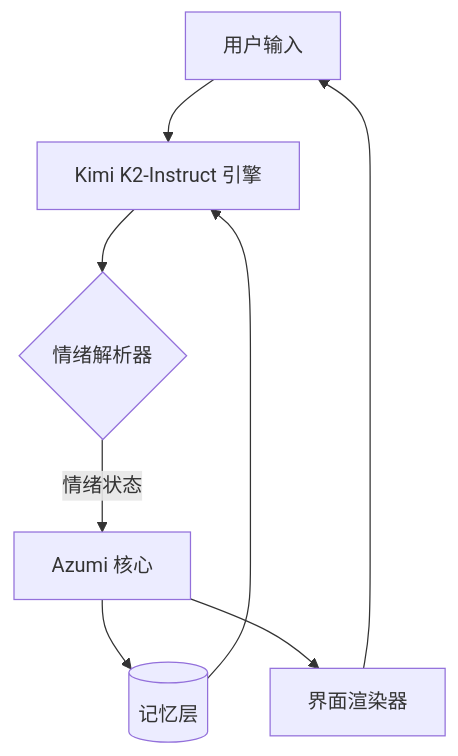
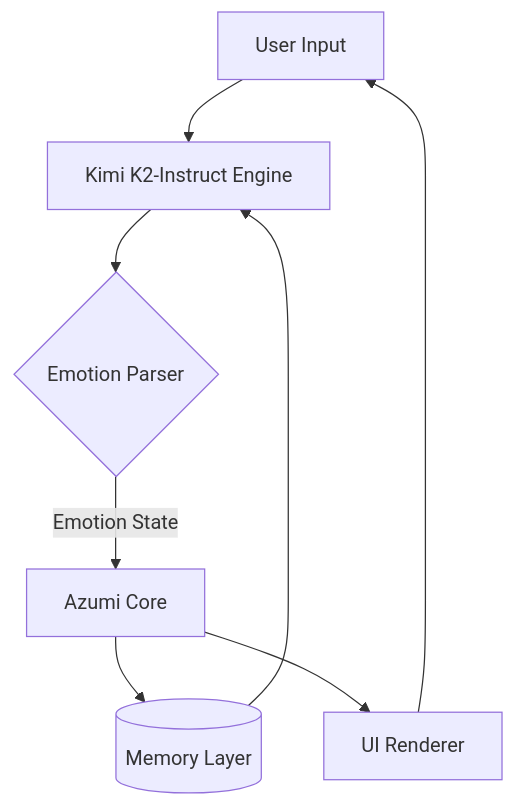
Before and after one commit to AceAIlov/Mollyslab: the first of 2 diagrams in README.md, drawn with Mermaid. The commit also changed other lines of this file, not shown here.

````diff
--- a/README.md
+++ b/README.md
@@ -30,10 +27,10 @@
 ```mermaid
 flowchart TD
-  A[用户输入] --> B[Kimi K2-Instruct 引擎]
-  B --> C{情绪解析器}
-  C -->|情绪状态| D[Azumi 核心]
-  D --> E[(记忆层)]
-  D --> F[界面渲染器]
+  A[User Input] --> B[Kimi K2-Instruct Engine]
+  B --> C{Emotion Parser}
+  C -->|Emotion State| D[Azumi Core]
+  D --> E[(Memory Layer)]
+  D --> F[UI Renderer]
   E --> B
   F --> A
 ```
````
